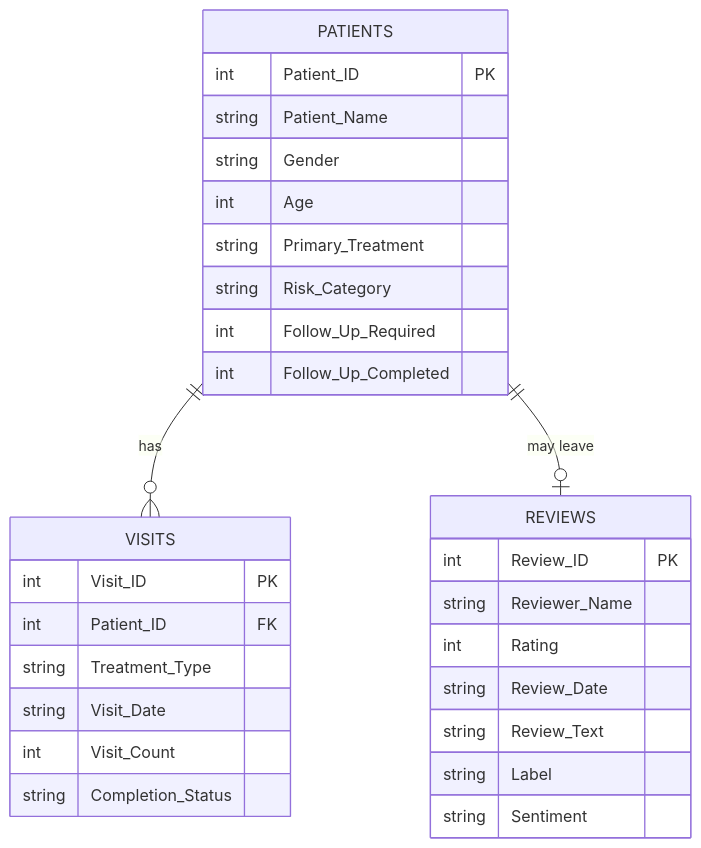
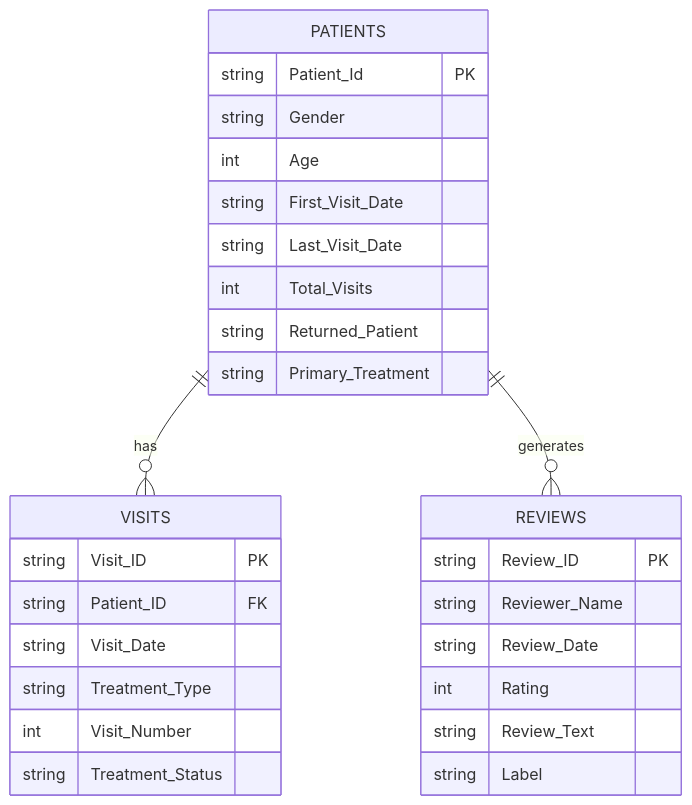
The second of 2 diagrams in README.md (VishnuO5/PraxisIQ), drawn with Mermaid before and after one commit. The commit also changed other lines of this file, not shown here.

Commit message:
Fix: Correct ER diagram to match actual database schema, fix Finding 5 column reference

````diff
--- a/README.md
+++ b/README.md
@@ -77,35 +77,34 @@
 ```mermaid
 erDiagram
     PATIENTS {
-        int Patient_ID PK
-        string Patient_Name
+        string Patient_Id PK
         string Gender
         int Age
+        string First_Visit_Date
+        string Last_Visit_Date
+        int Total_Visits
+        string Returned_Patient
         string Primary_Treatment
-        string Risk_Category
-        int Follow_Up_Required
-        int Follow_Up_Completed
     }
 
     VISITS {
-        int Visit_ID PK
-        int Patient_ID FK
+        string Visit_ID PK
+        string Patient_ID FK
+        string Visit_Date
         string Treatment_Type
-        string Visit_Date
-        int Visit_Count
-        string Completion_Status
+        int Visit_Number
+        string Treatment_Status
     }
 
     REVIEWS {
-        int Review_ID PK
+        string Review_ID PK
         string Reviewer_Name
+        string Review_Date
         int Rating
-        string Review_Date
         string Review_Text
         string Label
-        string Sentiment
     }
 
     PATIENTS ||--o{ VISITS : "has"
-    PATIENTS ||--o| REVIEWS : "may leave"
+    PATIENTS ||--o{ REVIEWS : "generates"
 ```
````
